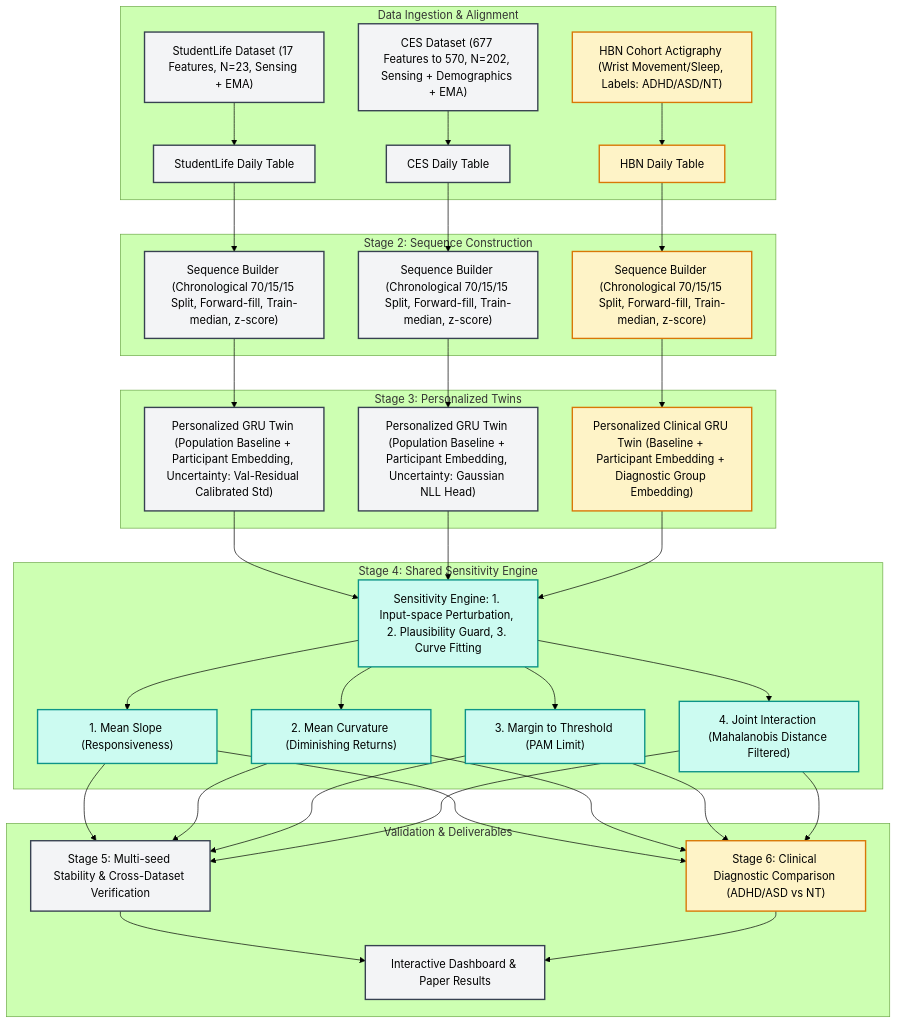
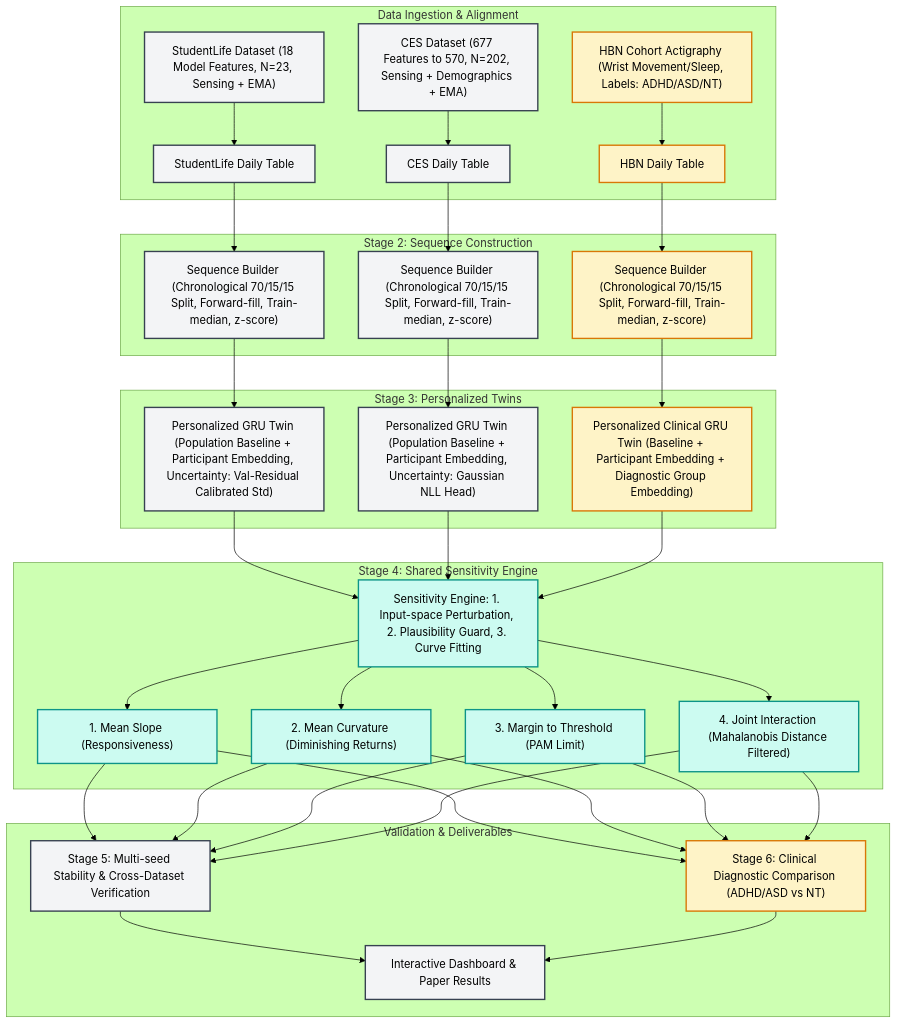
The first of 2 diagrams in PersonaTwin_Methodology_Guide.md (RitikaIGDTUW/personaTwin), drawn with Mermaid (forest theme) before and after one commit. The commit also changed other lines of this file and 7 other files, not shown here.

````diff
--- a/PersonaTwin_Methodology_Guide.md
+++ b/PersonaTwin_Methodology_Guide.md
@@ -39,59 +40,59 @@
 ```mermaid
 graph TD
     %% Datasets & Ingestion
     subgraph Data Ingestion & Alignment
-        D1["StudentLife Dataset (17 Features, N=23, Sensing + EMA)"] --> P1["StudentLife Daily Table"]
+        D1["StudentLife Dataset (18 Model Features, N=23, Sensing + EMA)"] --> P1["StudentLife Daily Table"]
         D2["CES Dataset (677 Features to 570, N=202, Sensing + Demographics + EMA)"] --> P2["CES Daily Table"]
         D3["HBN Cohort Actigraphy (Wrist Movement/Sleep, Labels: ADHD/ASD/NT)"] --> P3["HBN Daily Table"]
     end
 
     %% Sequence Construction
     subgraph Stage 2: Sequence Construction
         P1 --> S1["Sequence Builder (Chronological 70/15/15 Split, Forward-fill, Train-median, z-score)"]
         P2 --> S2["Sequence Builder (Chronological 70/15/15 Split, Forward-fill, Train-median, z-score)"]
         P3 --> S3["Sequence Builder (Chronological 70/15/15 Split, Forward-fill, Train-median, z-score)"]
     end
 
     %% Model Training
     subgraph Stage 3: Personalized Twins
         S1 --> M1["Personalized GRU Twin (Population Baseline + Participant Embedding, Uncertainty: Val-Residual Calibrated Std)"]
         S2 --> M2["Personalized GRU Twin (Population Baseline + Participant Embedding, Uncertainty: Gaussian NLL Head)"]
         S3 --> M3["Personalized Clinical GRU Twin (Baseline + Participant Embedding + Diagnostic Group Embedding)"]
     end
 
     %% Sensitivity Engine (Shared)
     subgraph Stage 4: Shared Sensitivity Engine
         M1 --> SE["Sensitivity Engine: 1. Input-space Perturbation, 2. Plausibility Guard, 3. Curve Fitting"]
         M2 --> SE
         M3 --> SE
         
         SE --> M_Slope["1. Mean Slope (Responsiveness)"]
         SE --> M_Curv["2. Mean Curvature (Diminishing Returns)"]
         SE --> M_Marg["3. Margin to Threshold (PAM Limit)"]
         SE --> M_Int["4. Joint Interaction (Mahalanobis Distance Filtered)"]
     end
 
     %% Outputs & Validation
     subgraph Validation & Deliverables
         M_Slope --> V1["Stage 5: Multi-seed Stability & Cross-Dataset Verification"]
         M_Curv --> V1
         M_Marg --> V1
         M_Int --> V1
         
         M_Slope --> V2["Stage 6: Clinical Diagnostic Comparison (ADHD/ASD vs NT)"]
         M_Curv --> V2
         M_Marg --> V2
         M_Int --> V2
         
         V1 --> OUT["Interactive Dashboard & Paper Results"]
         V2 --> OUT
     end
 
     classDef gray fill:#f3f4f6,stroke:#374151,stroke-width:2px;
     classDef coral fill:#fef3c7,stroke:#d97706,stroke-width:2px;
     classDef teal fill:#ccfbf1,stroke:#0d9488,stroke-width:2px;
     
     class D1,D2,P1,P2,S1,S2,M1,M2,V1,OUT gray;
     class D3,P3,S3,M3,V2 coral;
     class SE,M_Slope,M_Curv,M_Marg,M_Int teal;
 ```
````
